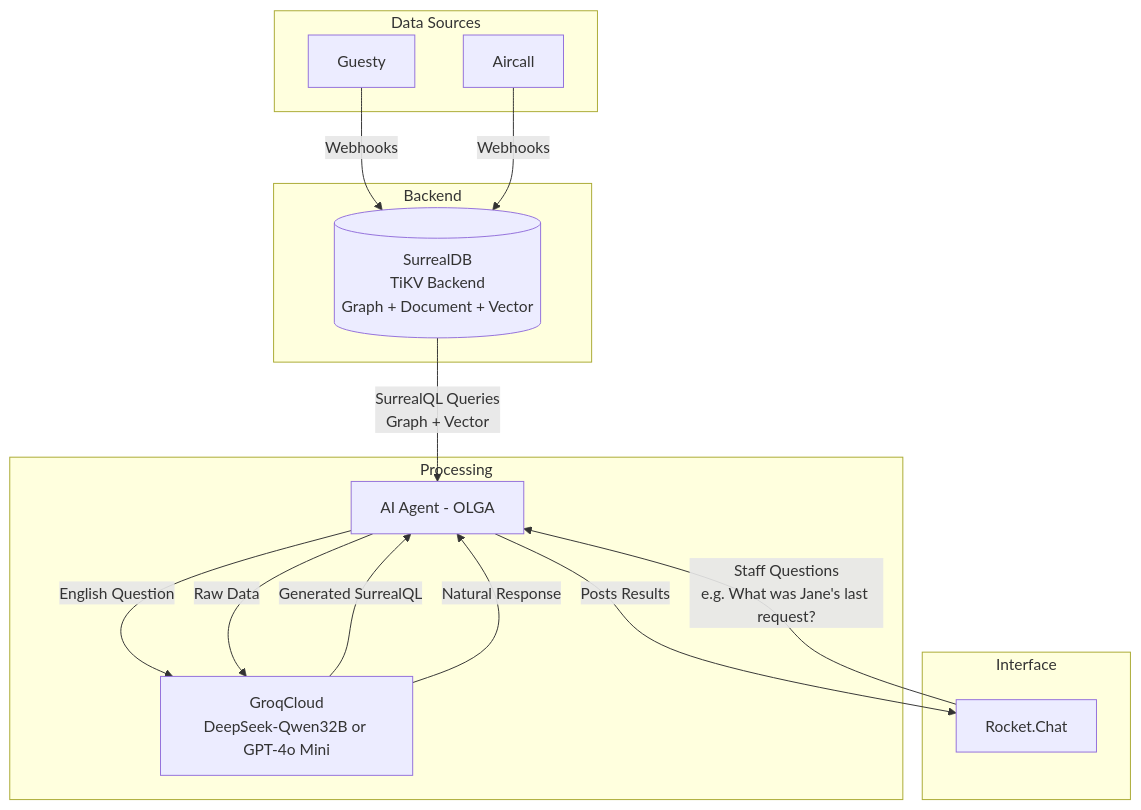
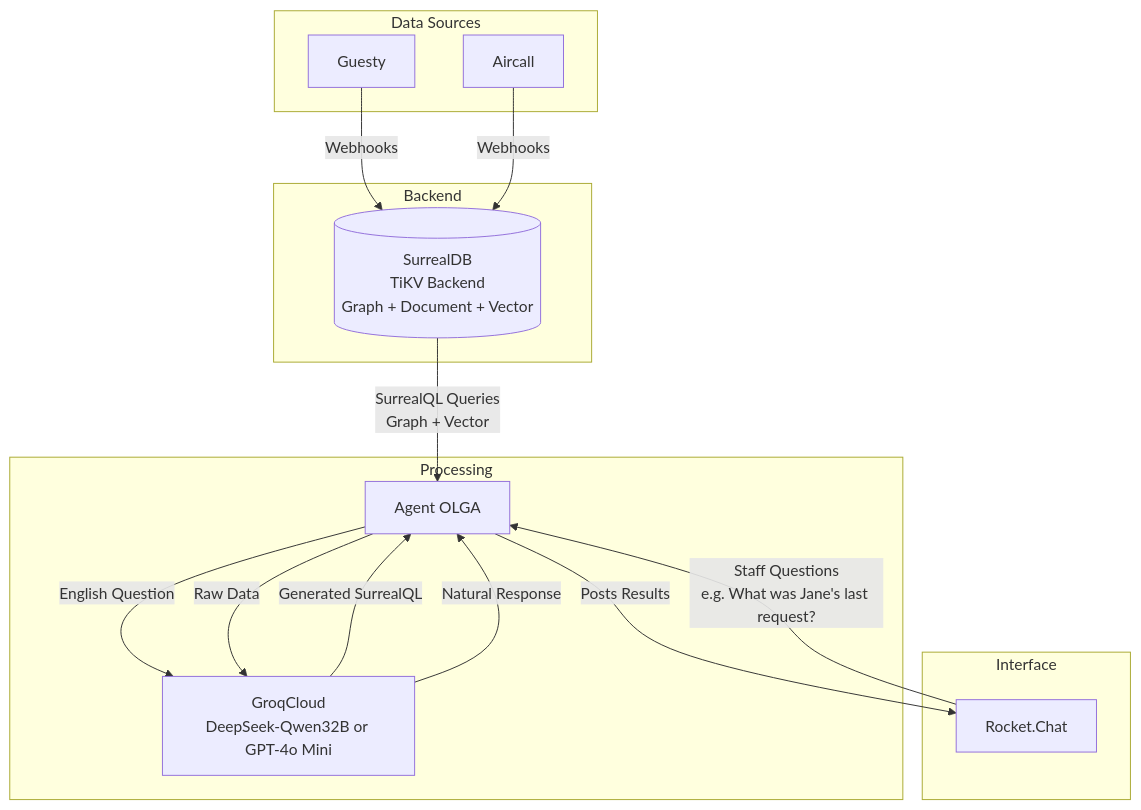
Before and after one commit to deepbrainspace/deepbrain-stack: the second of 4 diagrams in projects/bnb/v6-b.md, drawn with Mermaid. The commit also changed other lines of this file, not shown here.

````diff
--- a/projects/bnb/v6-b.md
+++ b/projects/bnb/v6-b.md
@@ -55,26 +55,26 @@
 ```mermaid
 graph TD
     A[Guesty] -->|Webhooks| B[(SurrealDB<br>TiKV Backend<br>Graph + Document + Vector)]
     C[Aircall] -->|Webhooks| B
-    B -->|SurrealQL Queries<br>Graph + Vector| D[AI Agent - OLGA]
+    B -->|SurrealQL Queries<br>Graph + Vector| D[Agent OLGA]
     D -->|English Question| E[GroqCloud<br>DeepSeek-Qwen32B or GPT-4o Mini]
     E -->|Generated SurrealQL| D
     D -->|Raw Data| E
     E -->|Natural Response| D
     D -->|Posts Results| F[Rocket.Chat]
     F -->|Staff Questions<br>e.g. What was Jane's last request?| D
     subgraph Data Sources
         A
         C
     end
     subgraph Backend
         B
     end
     subgraph Processing
         D
         E
     end
     subgraph Interface
         F
     end
 ```
````
